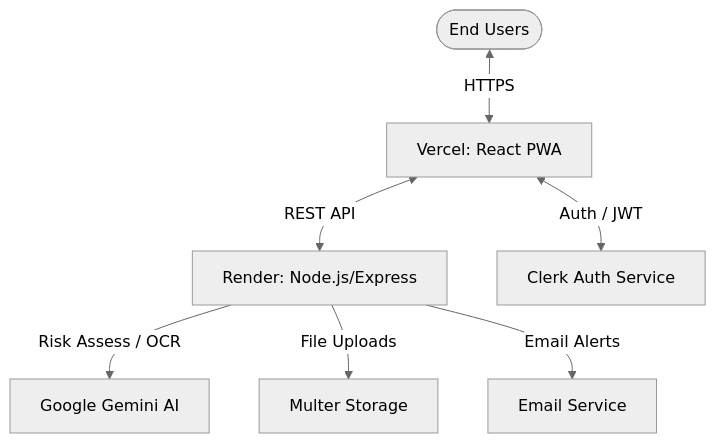
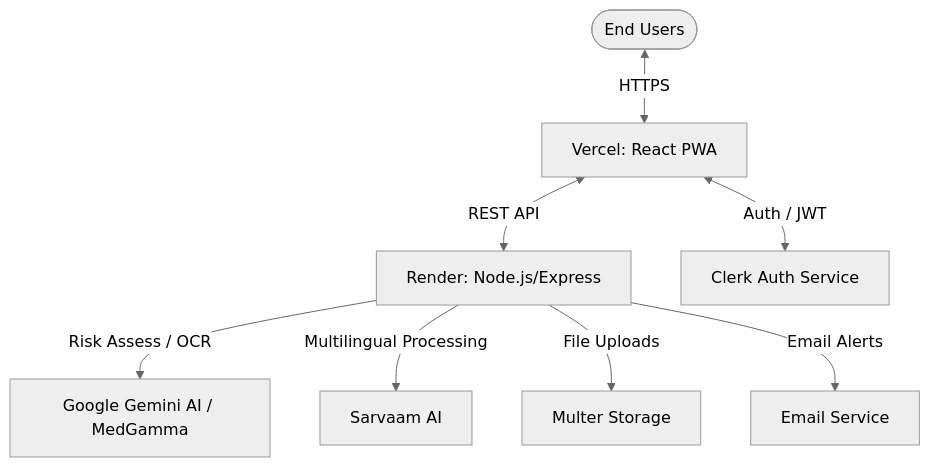
One commit to Dakshchandia/Maarakshak changed the second of 3 diagrams in README.md. Above: the diagram before and after it, drawn with Mermaid (neutral theme). The commit also changed other lines of this file, not shown here.

Commit message:
docs: update AI references to include MedGamma and Sarvaam AI

````diff
--- a/README.md
+++ b/README.md
@@ -68,9 +70,10 @@
 ```mermaid
 flowchart TD
     User([End Users]) <--> |HTTPS| Frontend[Vercel: React PWA]
     Frontend <--> |REST API| Backend[Render: Node.js/Express]
-    Backend --> |Risk Assess / OCR| Gemini[Google Gemini AI]
+    Backend --> |Risk Assess / OCR| Gemini[Google Gemini AI / MedGamma]
+    Backend --> |Multilingual Processing| Sarvaam[Sarvaam AI]
     Backend --> |File Uploads| Multer[Multer Storage]
     Backend --> |Email Alerts| Nodemailer[Email Service]
     Frontend <--> |Auth / JWT| Clerk[Clerk Auth Service]
 ```
````
